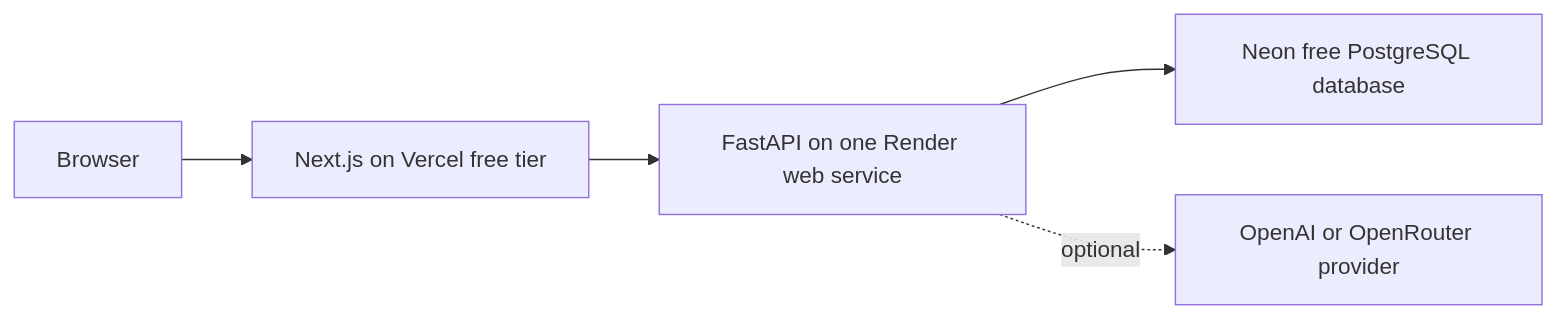
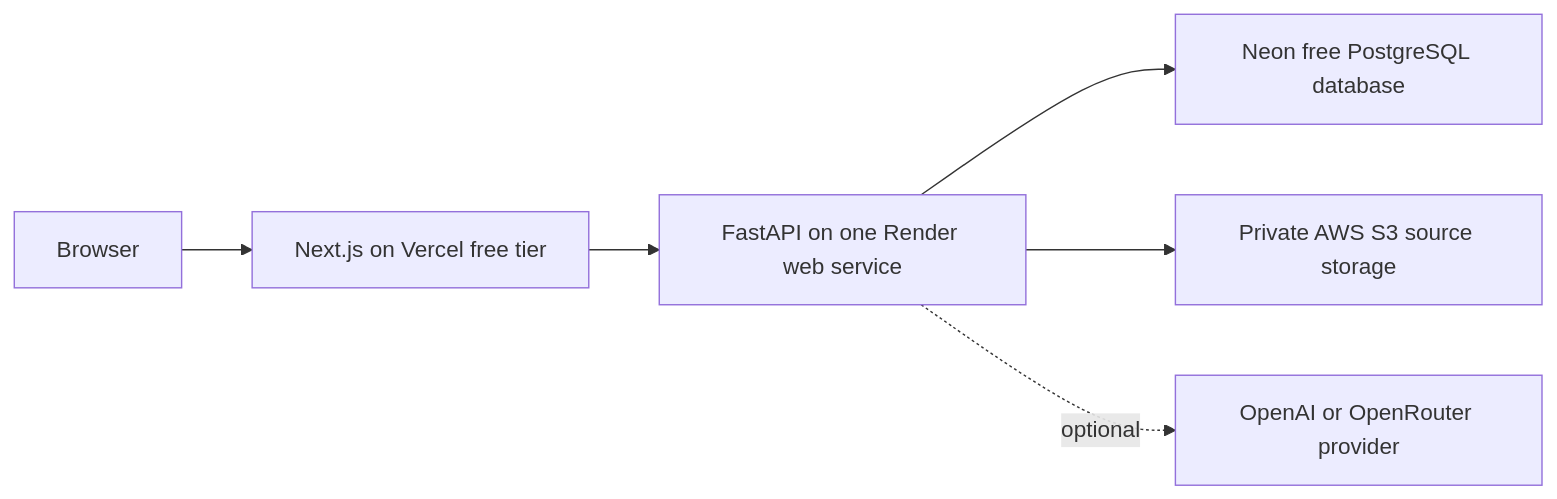
The diagram in docs/infrastructure.md (davidpal3c/CarbonSage_agentic_ai), drawn with Mermaid before and after one commit. The commit also changed other lines of this file and 25 other files, not shown here.

````diff
--- a/docs/infrastructure.md
+++ b/docs/infrastructure.md
@@ -17,7 +17,8 @@
 ```mermaid
 flowchart LR
     A[Browser] --> B[Next.js on Vercel free tier]
     B --> C[FastAPI on one Render web service]
     C --> D[Neon free PostgreSQL database]
+    C --> F[Private AWS S3 source storage]
     C -. optional .-> E[OpenAI or OpenRouter provider]
 ```
````
